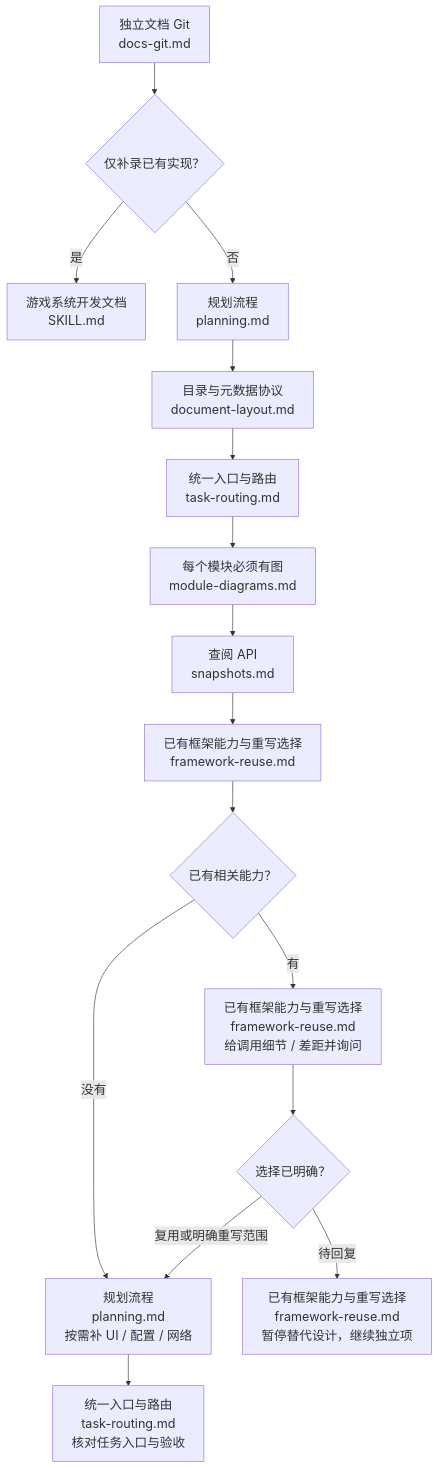
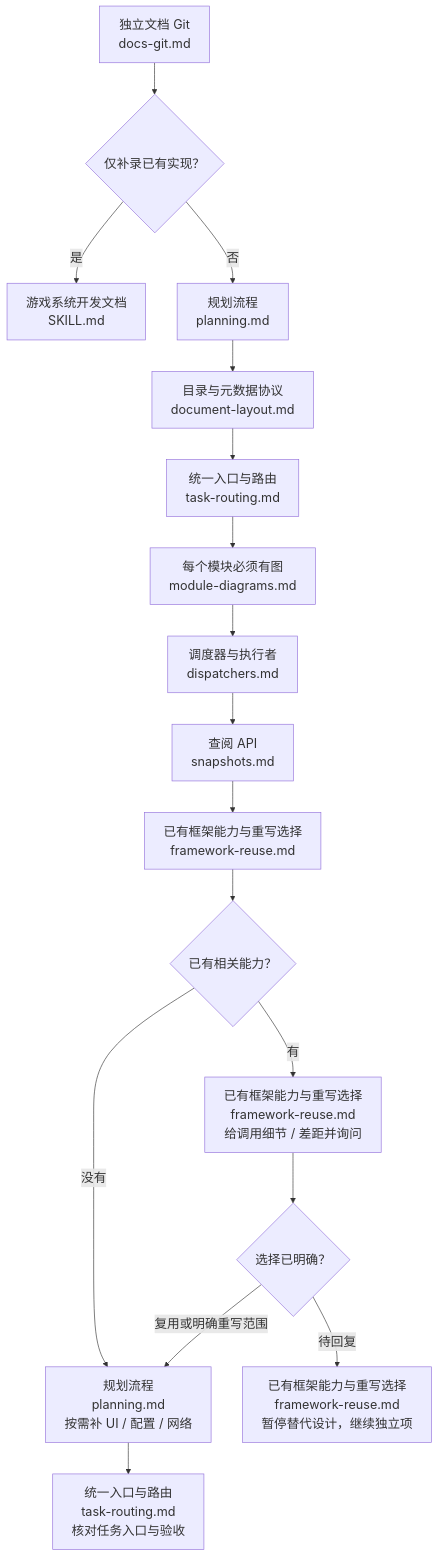
The first of 3 diagrams in game-system-development-planning/SKILL.md (229196637/game-development-skills), drawn with Mermaid before and after one commit. The commit also changed other lines of this file and 28 other files, not shown here.

````diff
--- a/game-system-development-planning/SKILL.md
+++ b/game-system-development-planning/SKILL.md
@@ -18,32 +18,34 @@
 ```mermaid
 %%{init: {"themeVariables": {"fontSize": "20px"}, "flowchart": {"wrappingWidth": 360}}}%%
 flowchart TD
   Git["独立文档 Git<br/>docs-git.md"] --> Scope{"仅补录已有实现？"}
   Scope -->|是| Docs["游戏系统开发文档<br/>SKILL.md"]
   Scope -->|否| Plan["规划流程<br/>planning.md"]
   Plan --> Layout["目录与元数据协议<br/>document-layout.md"]
   Layout --> Task["统一入口与路由<br/>task-routing.md"]
   Task --> Graph["每个模块必须有图<br/>module-diagrams.md"]
-  Graph --> Api["查阅 API<br/>snapshots.md"]
+  Graph --> Dispatch["调度器与执行者<br/>dispatchers.md"]
+  Dispatch --> Api["查阅 API<br/>snapshots.md"]
   Api --> Framework["已有框架能力与重写选择<br/>framework-reuse.md"]
   Framework --> Existing{"已有相关能力？"}
   Existing -->|没有| Extensions
   Existing -->|有| Details["已有框架能力与重写选择<br/>framework-reuse.md<br/>给调用细节 / 差距并询问"]
   Details --> Chosen{"选择已明确？"}
   Chosen -->|待回复| Pending["已有框架能力与重写选择<br/>framework-reuse.md<br/>暂停替代设计，继续独立项"]
   Chosen -->|复用或明确重写范围| Extensions
   Extensions["规划流程<br/>planning.md<br/>按需补 UI / 配置 / 网络"]
   Extensions --> Ready["统一入口与路由<br/>task-routing.md<br/>核对任务入口与验收"]
   click Git "references/contracts/docs-git.md"
   click Docs "../game-system-development-documentation/SKILL.md"
   click Plan "references/workflows/planning.md"
   click Layout "references/contracts/document-layout.md"
   click Task "references/workflows/task-routing.md"
   click Graph "references/workflows/module-diagrams.md"
+  click Dispatch "references/workflows/dispatchers.md"
   click Api "../game-system-development-documentation/references/api/snapshots.md"
   click Framework "references/workflows/framework-reuse.md"
   click Details "references/workflows/framework-reuse.md"
   click Pending "references/workflows/framework-reuse.md"
   click Extensions "references/workflows/planning.md"
   click Ready "references/workflows/task-routing.md"
 ```
````
